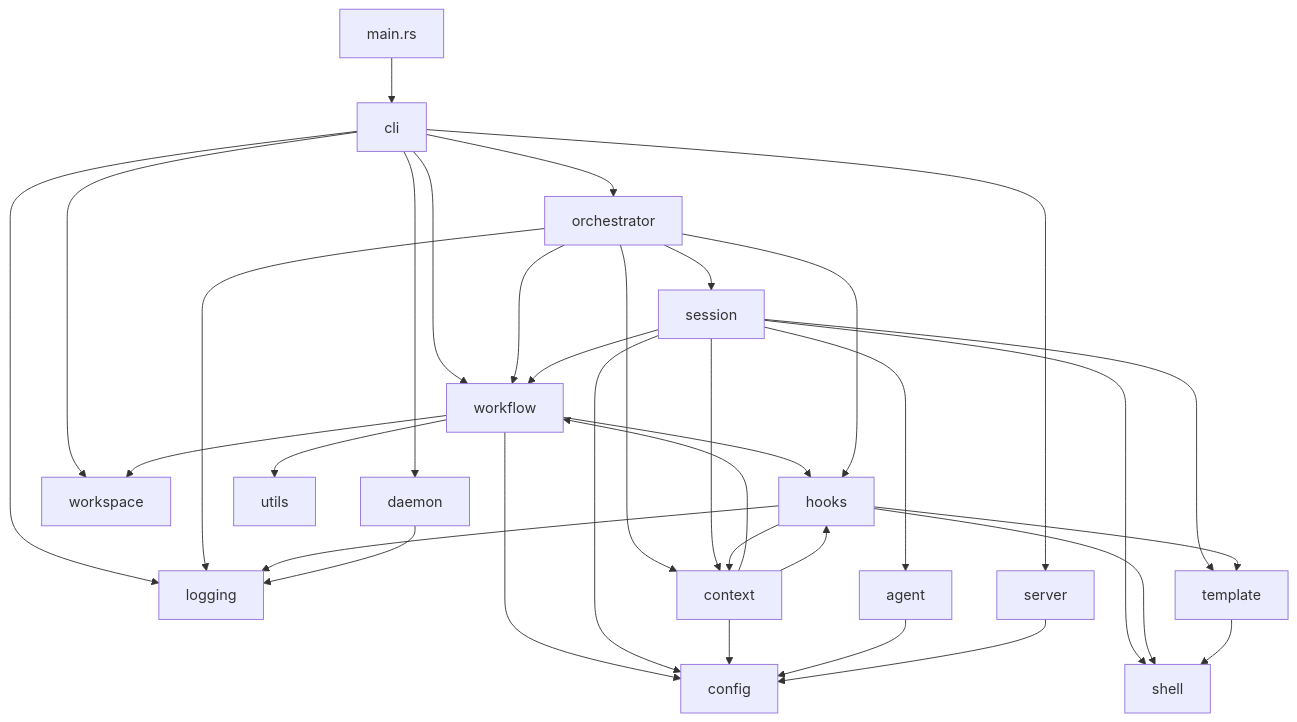
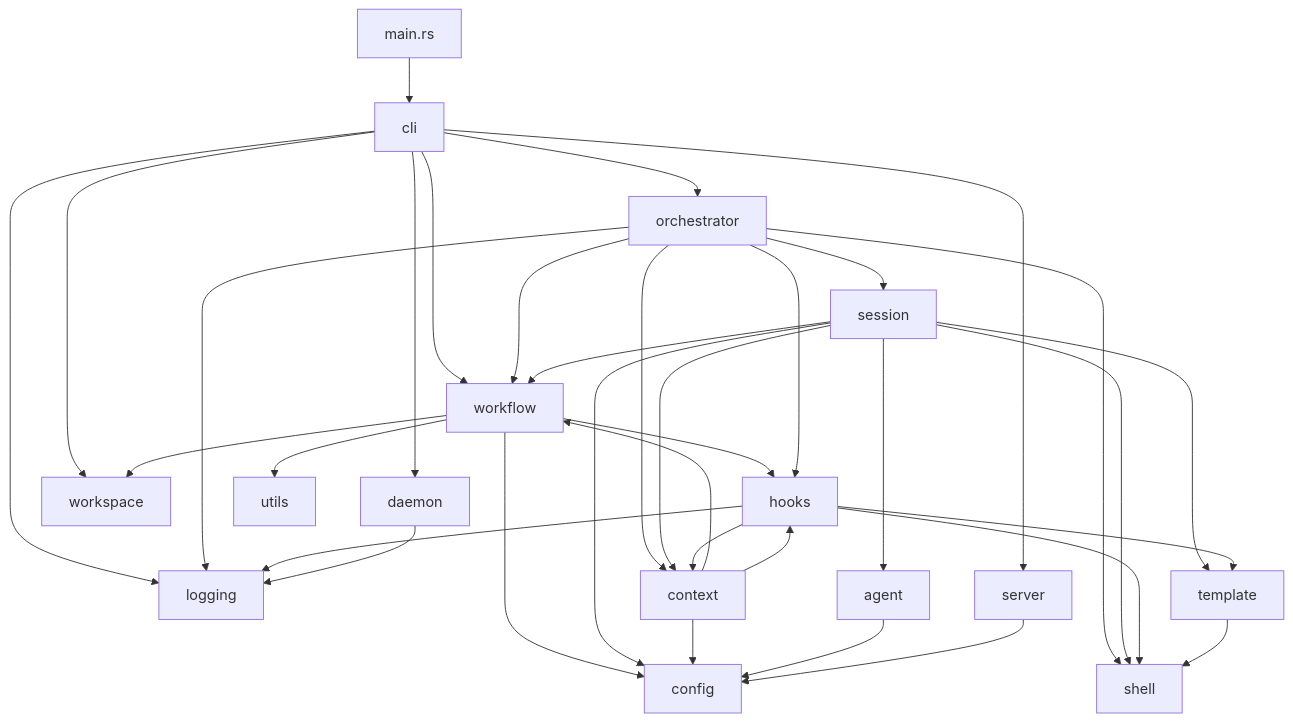
The first of 2 diagrams in docs/development/architecture.md (yii-labs/vik), drawn with Mermaid before and after one commit. The commit also changed other lines of this file and 5 other files, not shown here.

````diff
--- a/docs/development/architecture.md
+++ b/docs/development/architecture.md
@@ -52,42 +52,43 @@
 ```mermaid
 graph TD
     main[main.rs] --> cli[cli]
     cli --> workflow[workflow]
     cli --> daemon[daemon]
     cli --> logging[logging]
     cli --> orchestrator[orchestrator]
     cli --> server[server]
     cli --> workspace[workspace]
 
     workflow --> config[config]
     workflow --> hooks[hooks]
     workflow --> workspace
     workflow --> utils[utils]
 
     orchestrator --> workflow
     orchestrator --> session[session]
     orchestrator --> hooks
     orchestrator --> context[context]
     orchestrator --> logging
+    orchestrator --> shell
 
     session --> agent[agent]
     session --> config
     session --> context
     session --> shell[shell]
     session --> template[template]
     session --> workflow
 
     context --> workflow
     context --> config
     context --> hooks
 
     hooks --> context
     hooks --> logging
     hooks --> shell
     hooks --> template
 
     agent --> config
     template --> shell
     daemon --> logging
     server --> config
 ```
````
